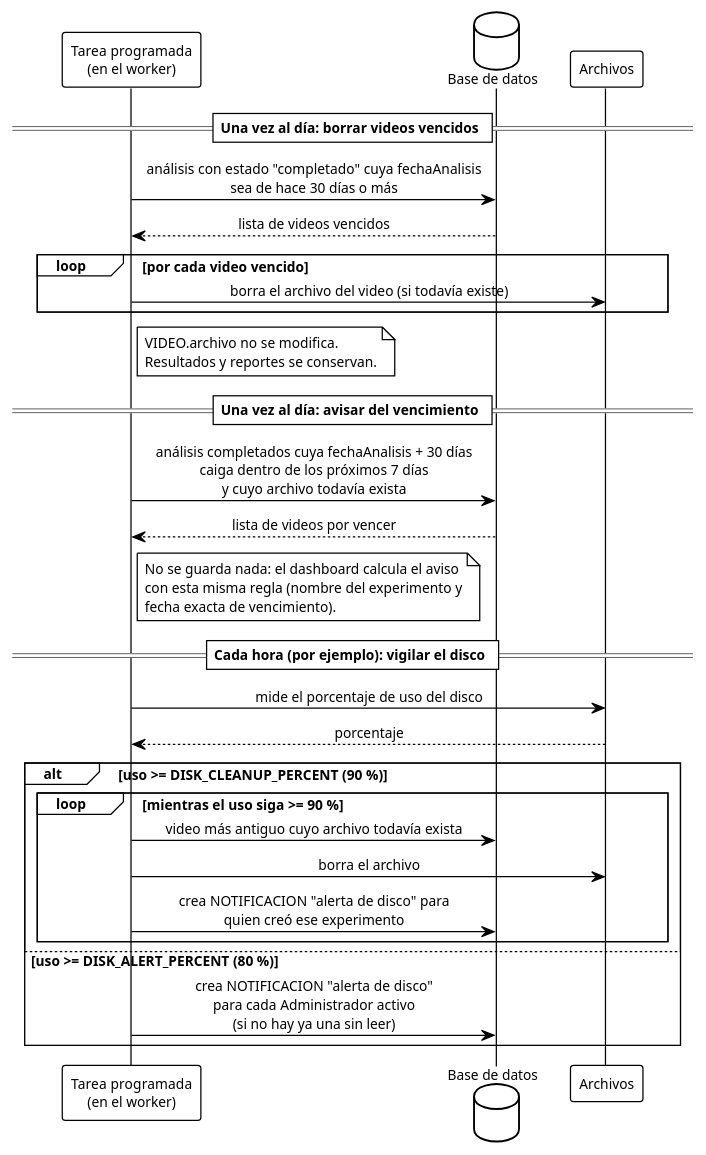
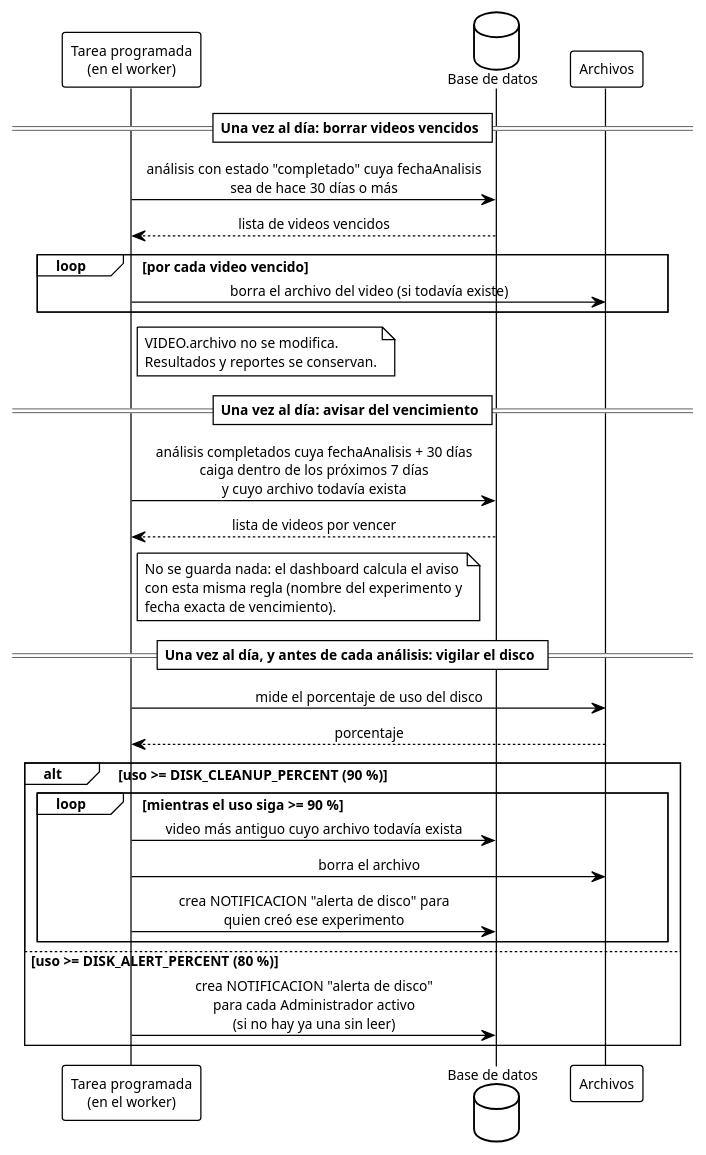
One commit to ErickJester/fst-ai-system-latex changed diagram 39 of 39 in INSTRUCCIONES-WEB.md. Above: the diagram before and after it, drawn with PlantUML. The commit also changed other lines of this file and 28 other files, not shown here.

````diff
--- a/INSTRUCCIONES-WEB.md
+++ b/INSTRUCCIONES-WEB.md
@@ -2589,45 +2767,45 @@
 ```plantuml
 @startuml seq_tareas_programadas
 !theme plain
 skinparam defaultFontName Arial
 skinparam defaultFontSize 11
 skinparam shadowing false
 skinparam sequenceMessageAlign center
 participant "Tarea programada\n(en el worker)" as job
 database "Base de datos" as db
 participant "Archivos" as fs
 
 == Una vez al día: borrar videos vencidos ==
 job -> db: análisis con estado "completado" cuya fechaAnalisis\nsea de hace 30 días o más
 db --> job: lista de videos vencidos
 loop por cada video vencido
   job -> fs: borra el archivo del video (si todavía existe)
 end
 note right of job
   VIDEO.archivo no se modifica.
   Resultados y reportes se conservan.
 end note
 
 == Una vez al día: avisar del vencimiento ==
 job -> db: análisis completados cuya fechaAnalisis + 30 días\ncaiga dentro de los próximos 7 días\ny cuyo archivo todavía exista
 db --> job: lista de videos por vencer
 note right of job
   No se guarda nada: el dashboard calcula el aviso
   con esta misma regla (nombre del experimento y
   fecha exacta de vencimiento).
 end note
 
-== Cada hora (por ejemplo): vigilar el disco ==
+== Una vez al día, y antes de cada análisis: vigilar el disco ==
 job -> fs: mide el porcentaje de uso del disco
 fs --> job: porcentaje
 alt uso >= DISK_CLEANUP_PERCENT (90 %)
   loop mientras el uso siga >= 90 %
     job -> db: video más antiguo cuyo archivo todavía exista
     job -> fs: borra el archivo
     job -> db: crea NOTIFICACION "alerta de disco" para\nquien creó ese experimento
   end
 else uso >= DISK_ALERT_PERCENT (80 %)
   job -> db: crea NOTIFICACION "alerta de disco"\npara cada Administrador activo\n(si no hay ya una sin leer)
 end
 @enduml
 ```
````
